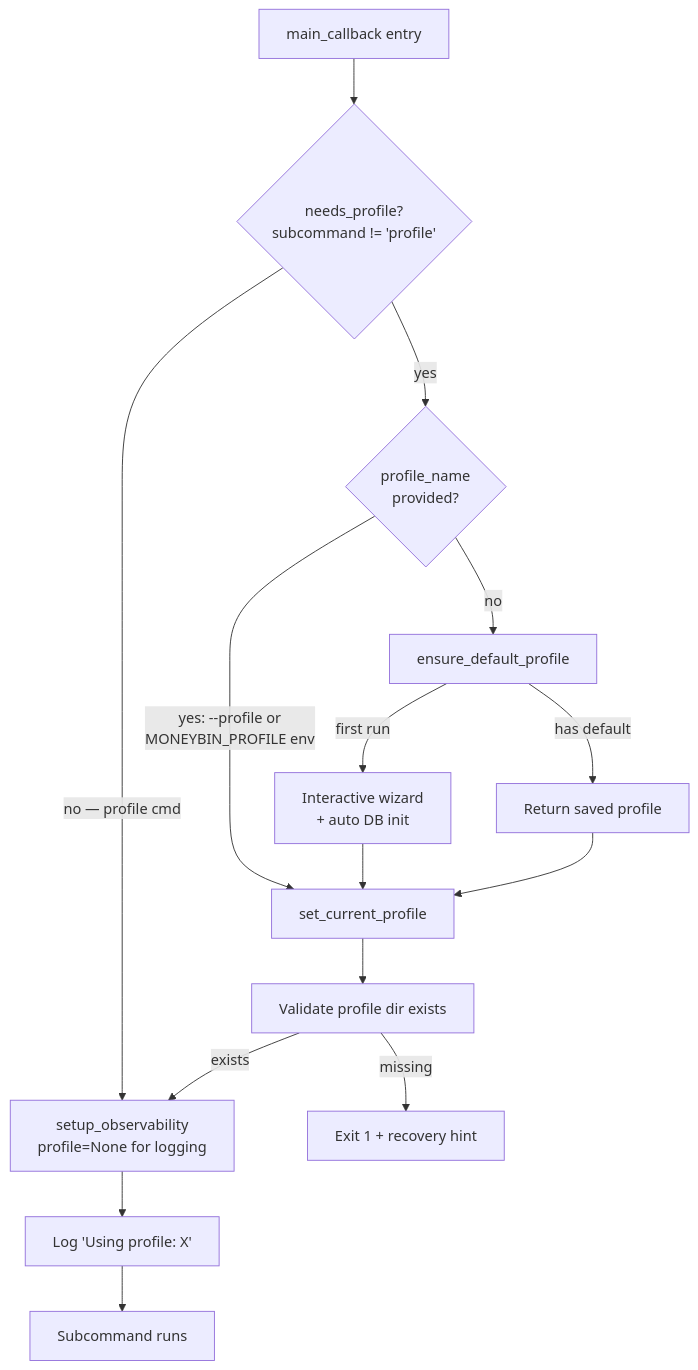
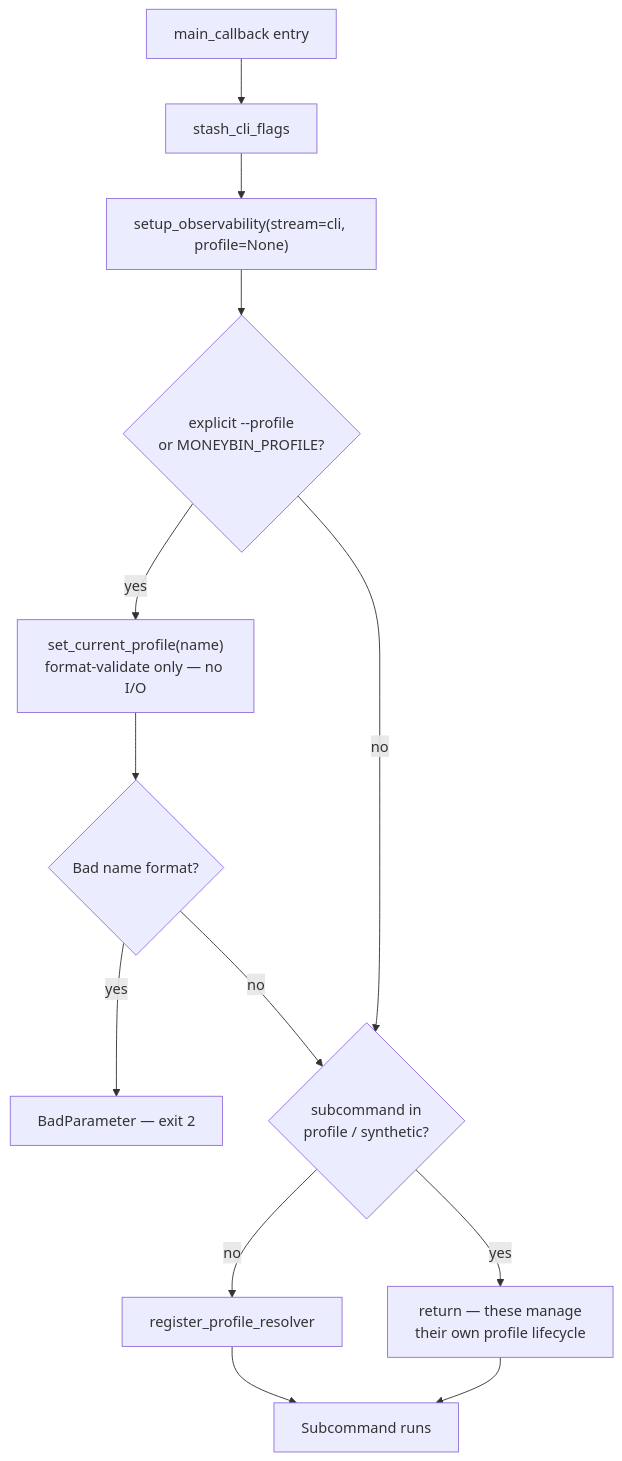
Before and after one commit to bsaffel/moneybin: the second of 9 diagrams in docs/tech/cli-startup-flow.md, drawn with Mermaid. The commit also changed other lines of this file and 54 other files, not shown here.

````diff
--- a/docs/tech/cli-startup-flow.md
+++ b/docs/tech/cli-startup-flow.md
@@ -39,21 +45,16 @@
 ```mermaid
 flowchart TD
-    A[main_callback entry] --> B{needs_profile?<br/>subcommand != 'profile'}
-
-    B -->|no — profile cmd| I[setup_observability<br/>profile=None for logging]
-
-    B -->|yes| C{profile_name<br/>provided?}
-    C -->|yes: --profile or<br/>MONEYBIN_PROFILE env| E
-    C -->|no| D[ensure_default_profile]
-    D -->|first run| D1[Interactive wizard<br/>+ auto DB init]
-    D -->|has default| D2[Return saved profile]
-    D1 --> E[set_current_profile]
-    D2 --> E
-
-    E --> F[Validate profile dir exists]
-    F -->|missing| G["Exit 1 + recovery hint"]
-    F -->|exists| I
-
-    I --> J[Log 'Using profile: X']
-    J --> K[Subcommand runs]
+    A[main_callback entry] --> A1[stash_cli_flags]
+    A1 --> A2["setup_observability(stream=cli, profile=None)"]
+    A2 --> B{explicit --profile<br/>or MONEYBIN_PROFILE?}
+    B -->|yes| B1["set_current_profile(name)<br/>format-validate only — no I/O"]
+    B1 --> B2{Bad name format?}
+    B2 -->|yes| B3[BadParameter — exit 2]
+    B2 -->|no| C
+    B -->|no| C
+    C{subcommand in<br/>profile / synthetic?}
+    C -->|yes| C1[return — these manage<br/>their own profile lifecycle]
+    C -->|no| D[register_profile_resolver]
+    D --> E[Subcommand runs]
+    C1 --> E
 ```
````
